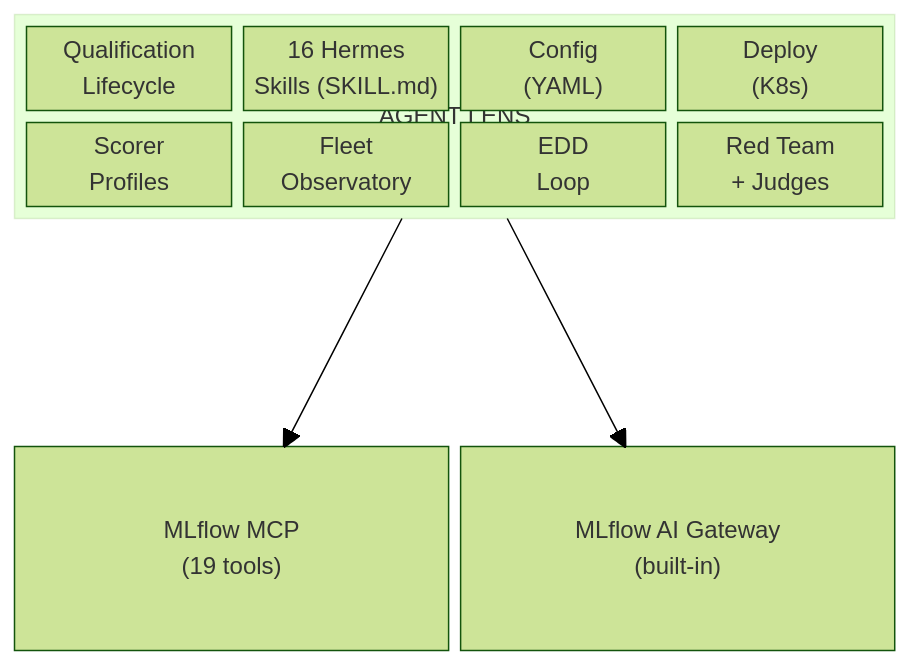
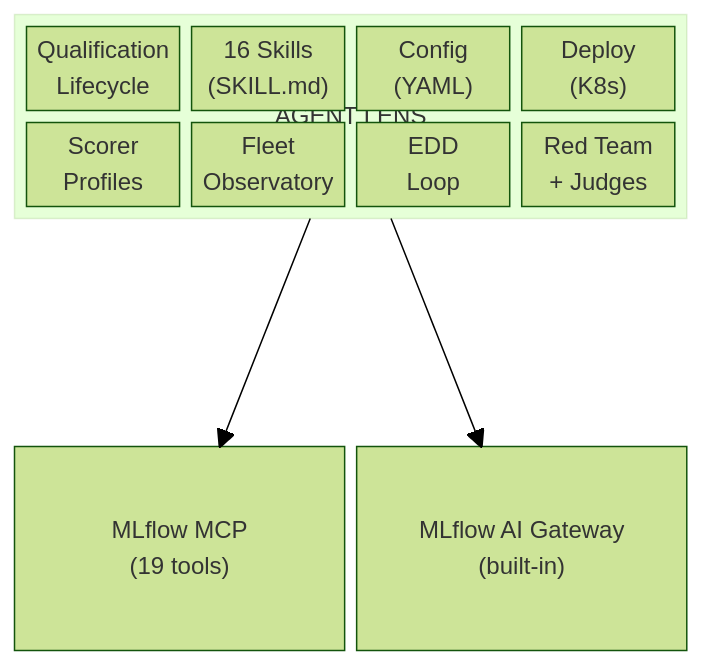
Before and after one commit to rrbanda/agent-lens: the second of 2 diagrams in README.md, drawn with Mermaid (forest theme). The commit also changed other lines of this file and 10 other files, not shown here.

````diff
--- a/README.md
+++ b/README.md
@@ -255,14 +257,14 @@
 ```mermaid
 block-beta
     columns 4
     block:agentlens["AGENT LENS"]:4
         columns 4
-        QL["Qualification\nLifecycle"] SK["16 Hermes\nSkills (SKILL.md)"] CF["Config\n(YAML)"] DP["Deploy\n(K8s)"]
+        QL["Qualification\nLifecycle"] SK["16 Skills\n(SKILL.md)"] CF["Config\n(YAML)"] DP["Deploy\n(K8s)"]
         SP["Scorer\nProfiles"] FO["Fleet\nObservatory"] EDD["EDD\nLoop"] RT["Red Team\n+ Judges"]
     end
     space:4
     MLflow["MLflow MCP\n(19 tools)"]:2 GW["MLflow AI Gateway\n(built-in)"]:2
 
     agentlens --> MLflow
     agentlens --> GW
 ```
````
